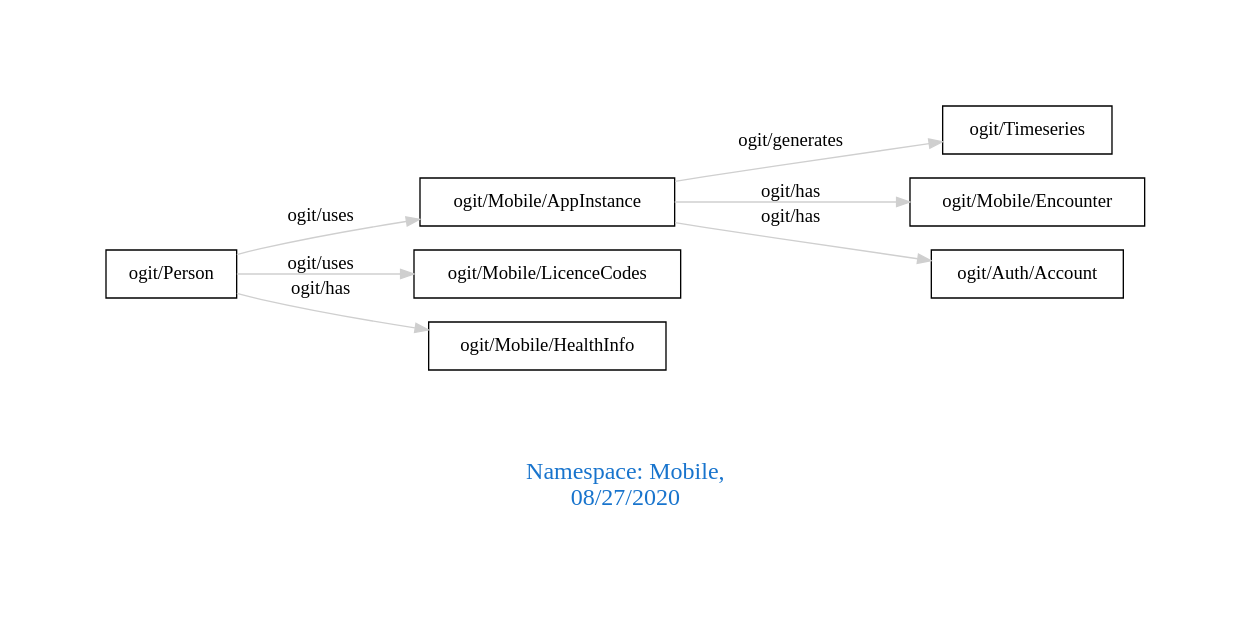
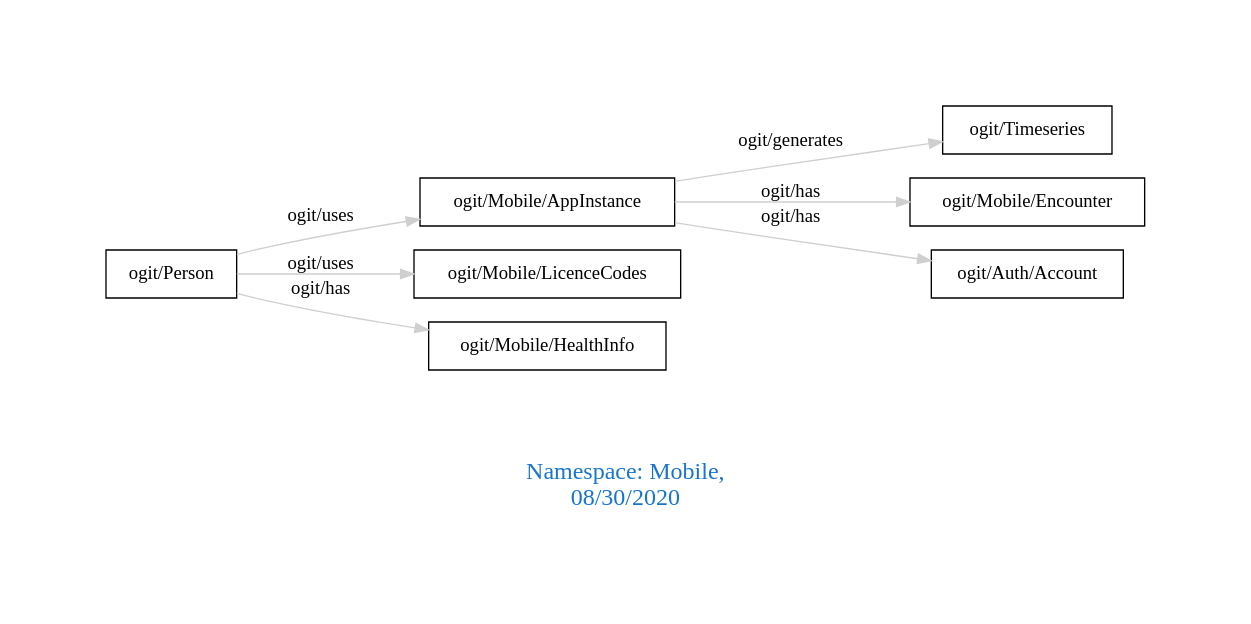
The diagram in downloads/Mobile.dot (arago/OGIT), drawn with Graphviz before and after one commit. The commit also changed 1811 other files, not shown here.

```diff
--- a/downloads/Mobile.dot
+++ b/downloads/Mobile.dot
@@ -1,14 +1,14 @@
 digraph OGIT_ontology {
  graph [ rankdir= LR,pad=1 
 fontsize = 18,
-fontcolor= dodgerblue3,label = "\n\n\nNamespace: Mobile, \n 08/27/2020"];
+fontcolor= dodgerblue3,label = "\n\n\nNamespace: Mobile, \n 08/30/2020"];
 node[shape=polygon];
 edge [  color="gray81"];
 
    "ogit/Mobile/AppInstance" -> "ogit/Timeseries" [label="   ogit/generates    "];
    "ogit/Person" -> "ogit/Mobile/AppInstance" [label="   ogit/uses    "];
    "ogit/Person" -> "ogit/Mobile/LicenceCodes" [label="   ogit/uses    "];
    "ogit/Mobile/AppInstance" -> "ogit/Mobile/Encounter" [label="   ogit/has    "];
    "ogit/Mobile/AppInstance" -> "ogit/Auth/Account" [label="   ogit/has    "];
    "ogit/Person" -> "ogit/Mobile/HealthInfo" [label="   ogit/has    "];
 }
```
